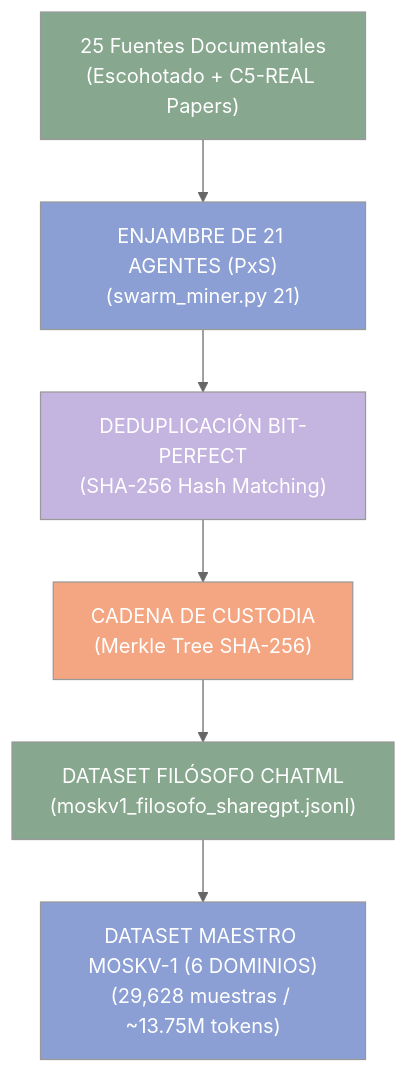
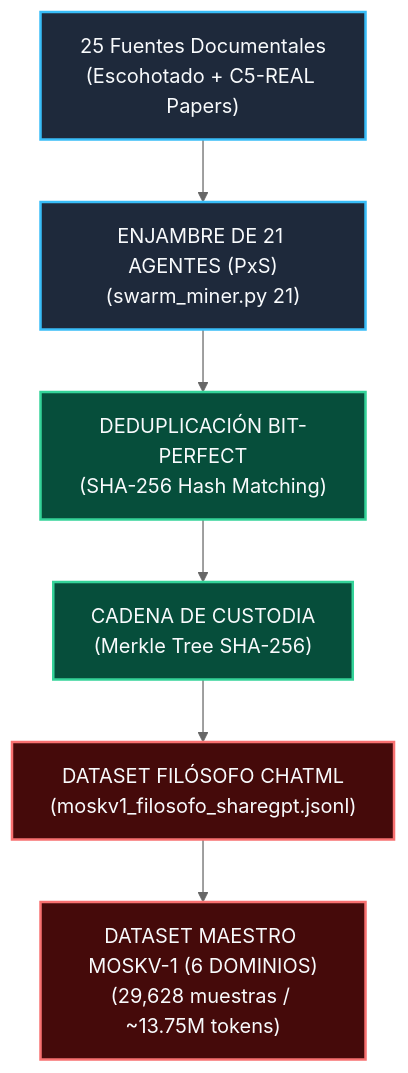
The diagram in README.md (borjamoskv/escohotado-corpus), drawn with Mermaid (neutral theme) before and after one commit. The commit also changed other lines of this file, not shown here.

Commit message:
docs(readme): upgrade README.md to C5-REAL Grade A (100/100)

````diff
--- a/README.md
+++ b/README.md
@@ -38,15 +53,12 @@
 ```mermaid
-graph TD
-    A["25 Fuentes Documentales<br/>(Escohotado + C5-REAL Papers)"] --> B["ENJAMBRE DE 21 AGENTES (PxS)<br/>(swarm_miner.py 21)"]
-    B --> C["DEDUPLICACIÓN BIT-PERFECT<br/>(SHA-256 Hash Matching)"]
-    C --> D["CADENA DE CUSTODIA<br/>(Merkle Tree SHA-256)"]
-    D --> E["DATASET FILÓSOFO CHATML<br/>(moskv1_filosofo_sharegpt.jsonl)"]
-    E --> F["DATASET MAESTRO MOSKV-1 (6 DOMINIOS)<br/>(29,628 muestras / ~13.75M tokens)"]
+flowchart TD
+    classDef src fill:#1e293b,stroke:#38bdf8,stroke-width:2px,color:#f8fafc
+    classDef verify fill:#064e3b,stroke:#34d399,stroke-width:2px,color:#f8fafc
+    classDef out fill:#450a0a,stroke:#f87171,stroke-width:2px,color:#f8fafc
 
-    style A fill:#87A78E,color:#fff
-    style B fill:#8B9FD4,color:#fff
-    style C fill:#C4B4E0,color:#fff
-    style D fill:#F4A683,color:#fff
-    style E fill:#87A78E,color:#fff
-    style F fill:#8B9FD4,color:#fff
+    A["25 Fuentes Documentales<br/>(Escohotado + C5-REAL Papers)"]:::src --> B["ENJAMBRE DE 21 AGENTES (PxS)<br/>(swarm_miner.py 21)"]:::src
+    B --> C["DEDUPLICACIÓN BIT-PERFECT<br/>(SHA-256 Hash Matching)"]:::verify
+    C --> D["CADENA DE CUSTODIA<br/>(Merkle Tree SHA-256)"]:::verify
+    D --> E["DATASET FILÓSOFO CHATML<br/>(moskv1_filosofo_sharegpt.jsonl)"]:::out
+    E --> F["DATASET MAESTRO MOSKV-1 (6 DOMINIOS)<br/>(29,628 muestras / ~13.75M tokens)"]:::out
 ```
````
